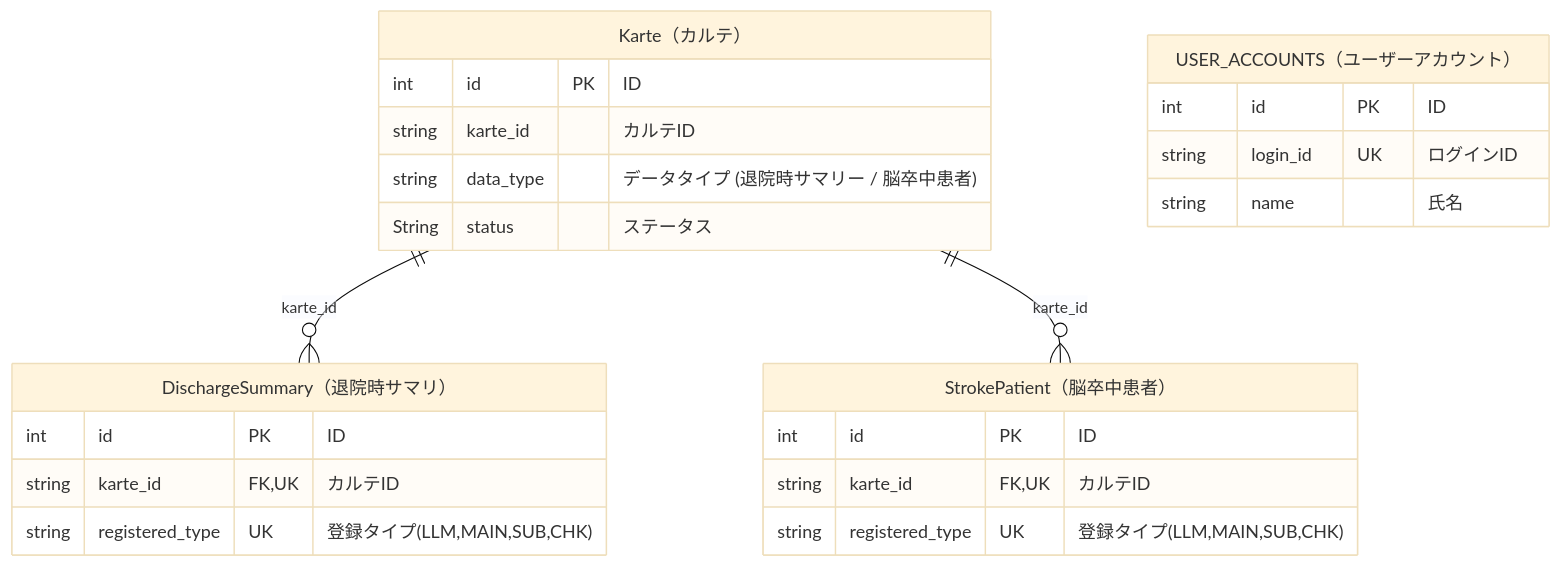
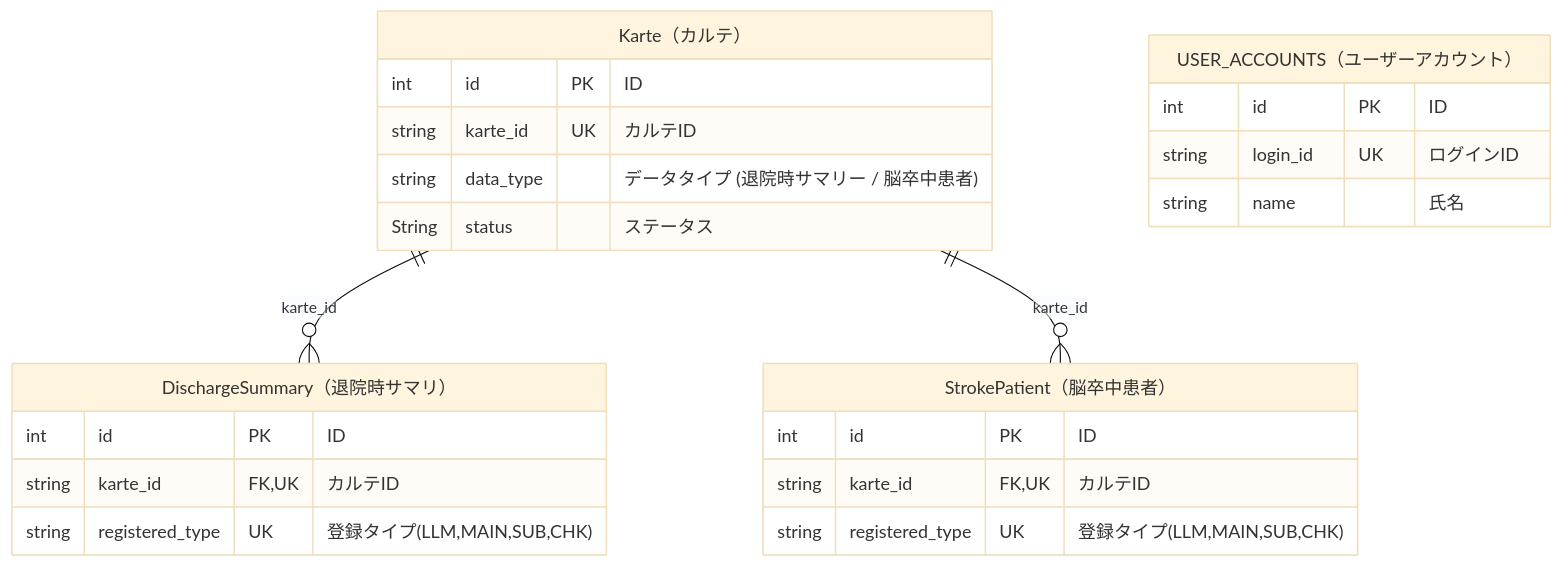
The diagram in README.md (CreCo-dev/abeja_medical_LLM_annotation), drawn with Mermaid (base theme) before and after one commit.

````diff
--- a/README.md
+++ b/README.md
@@ -63,28 +63,28 @@
 ```mermaid
 erDiagram
     Karte（カルテ） ||--o{ DischargeSummary（退院時サマリ） : "karte_id"
     Karte（カルテ） ||--o{ StrokePatient（脳卒中患者） : "karte_id"
 
     Karte（カルテ） {
         int id PK "ID"
-        string karte_id "カルテID"
+        string karte_id UK "カルテID"
         string data_type "データタイプ (退院時サマリー / 脳卒中患者)"
         String status "ステータス"
     }
     DischargeSummary（退院時サマリ） {
         int id PK "ID"
         string karte_id FK,UK "カルテID"
         string registered_type UK "登録タイプ(LLM,MAIN,SUB,CHK)"
     }
     StrokePatient（脳卒中患者） {
         int id PK "ID"
         string karte_id FK,UK "カルテID"
         string registered_type UK "登録タイプ(LLM,MAIN,SUB,CHK)"
     }
     USER_ACCOUNTS（ユーザーアカウント） {
         int id PK "ID"
         string login_id UK "ログインID"
         string name "氏名"
     }
 
 ```
````
